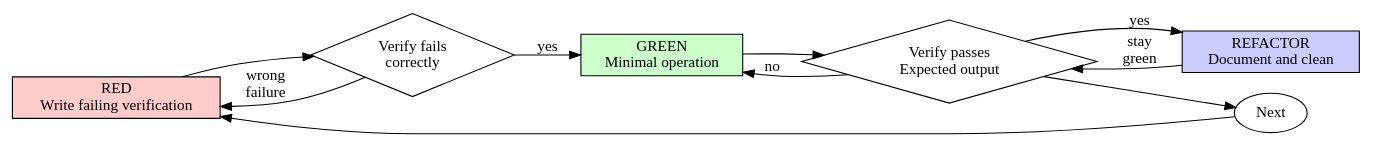
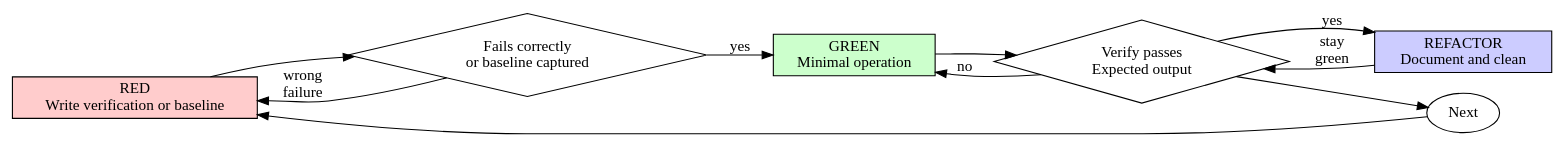
One commit to yg-codes/srepowers changed the diagram in plugins/srepowers-core/skills/test-driven-operation/SKILL.md. Above: the diagram before and after it, drawn with Graphviz. The commit also changed other lines of this file and 20 other files, not shown here.

````diff
--- a/plugins/srepowers-core/skills/test-driven-operation/SKILL.md
+++ b/plugins/srepowers-core/skills/test-driven-operation/SKILL.md
@@ -53,21 +53,21 @@
 ```dot
 digraph tdo_cycle {
     rankdir=LR;
-    red [label="RED\nWrite failing verification", shape=box, style=filled, fillcolor="#ffcccc"];
-    verify_red [label="Verify fails\ncorrectly", shape=diamond];
+    red [label="RED\nWrite verification or baseline", shape=box, style=filled, fillcolor="#ffcccc"];
+    verify_red [label="Fails correctly\nor baseline captured", shape=diamond];
     green [label="GREEN\nMinimal operation", shape=box, style=filled, fillcolor="#ccffcc"];
     verify_green [label="Verify passes\nExpected output", shape=diamond];
     refactor [label="REFACTOR\nDocument and clean", shape=box, style=filled, fillcolor="#ccccff"];
     next [label="Next", shape=ellipse];
 
     red -> verify_red;
     verify_red -> green [label="yes"];
     verify_red -> red [label="wrong\nfailure"];
     green -> verify_green;
     verify_green -> refactor [label="yes"];
     verify_green -> green [label="no"];
     refactor -> verify_green [label="stay\ngreen"];
     verify_green -> next;
     next -> red;
 }
 ```
````
